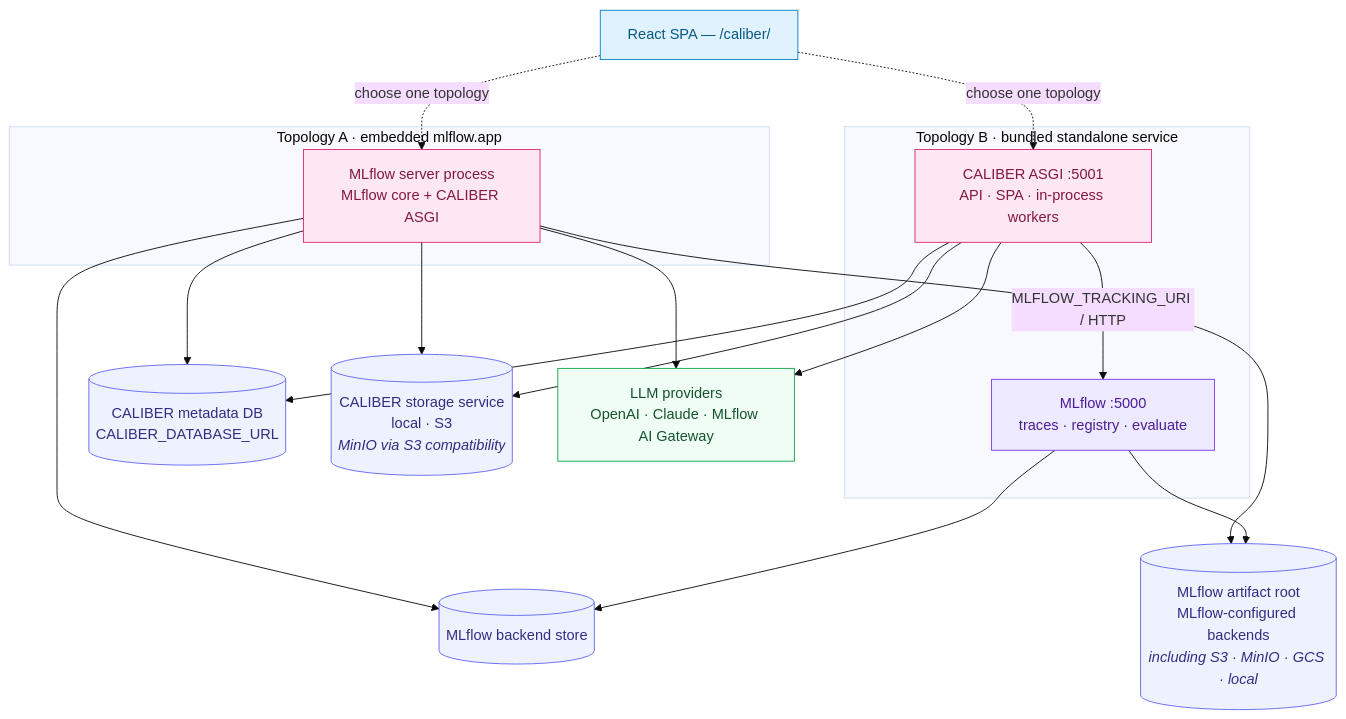
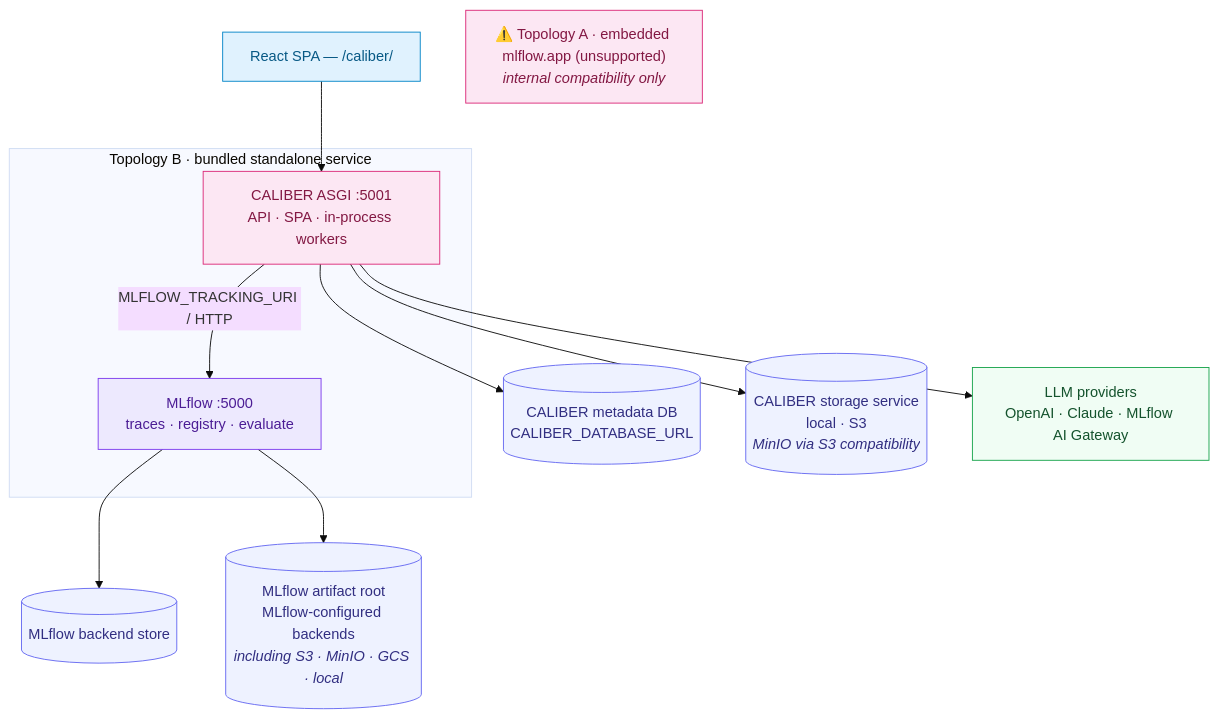
The second of 2 diagrams in README.md (rrahimi-uci/caliber-suite), drawn with Mermaid (base theme) before and after one commit. The commit also changed other lines of this file and 53 other files, not shown here.

First line of the commit message:
docs: adopt standalone Topology B as the sole supported CALIBER topology (#184)

````diff
--- a/README.md
+++ b/README.md
@@ -139,39 +134,30 @@
 ```mermaid
 flowchart TB
     spa["React SPA — /caliber/"]:::ui
-
-    subgraph embedded["Topology A · embedded mlflow.app"]
-        eproc["MLflow server process<br/>MLflow core + CALIBER ASGI"]:::plug
-    end
 
     subgraph standalone["Topology B · bundled standalone service"]
         capi["CALIBER ASGI :5001<br/>API · SPA · in-process workers"]:::plug
         mflow["MLflow :5000<br/>traces · registry · evaluate"]:::core
         capi -->|"MLFLOW_TRACKING_URI / HTTP"| mflow
     end
 
+    embedded["⚠️ Topology A · embedded mlflow.app (unsupported)<br/><i>internal compatibility only</i>"]:::plug
     cdb[("CALIBER metadata DB<br/>CALIBER_DATABASE_URL")]:::store
     mdb[("MLflow backend store")]:::store
     cart[("CALIBER storage service<br/>local · S3<br/><i>MinIO via S3 compatibility</i>")]:::store
     mart[("MLflow artifact root<br/>MLflow-configured backends<br/><i>including S3 · MinIO · GCS · local</i>")]:::store
     llm["LLM providers<br/>OpenAI · Claude · MLflow AI Gateway"]:::ext
 
-    spa -. "choose one topology" .-> eproc
-    spa -. "choose one topology" .-> capi
-    eproc --> cdb
-    eproc --> mdb
+    spa --> capi
     capi --> cdb
     mflow --> mdb
-    eproc --> cart
-    eproc --> mart
     capi --> cart
     mflow --> mart
-    eproc --> llm
     capi --> llm
 
     classDef ui fill:#e0f2fe,stroke:#0284c7,color:#075985;
     classDef core fill:#ede9fe,stroke:#7c3aed,color:#4c1d95;
     classDef plug fill:#fce7f3,stroke:#db2777,color:#831843;
     classDef store fill:#eef2ff,stroke:#6366f1,color:#312e81;
     classDef ext fill:#f0fdf4,stroke:#16a34a,color:#14532d;
 ```
````
